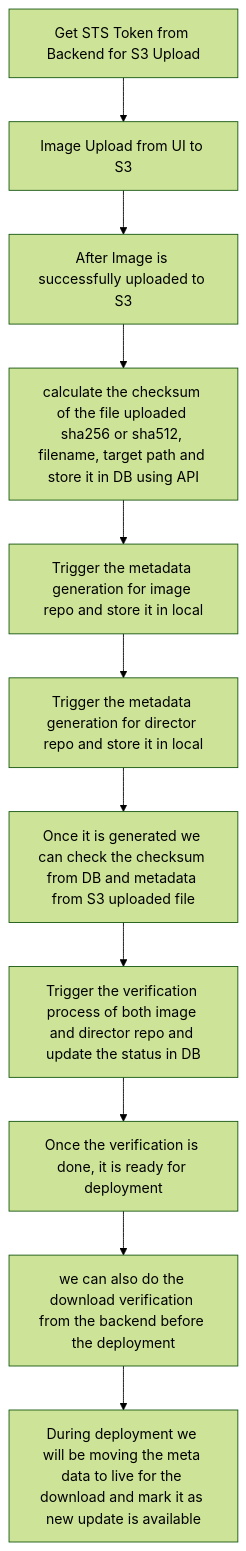
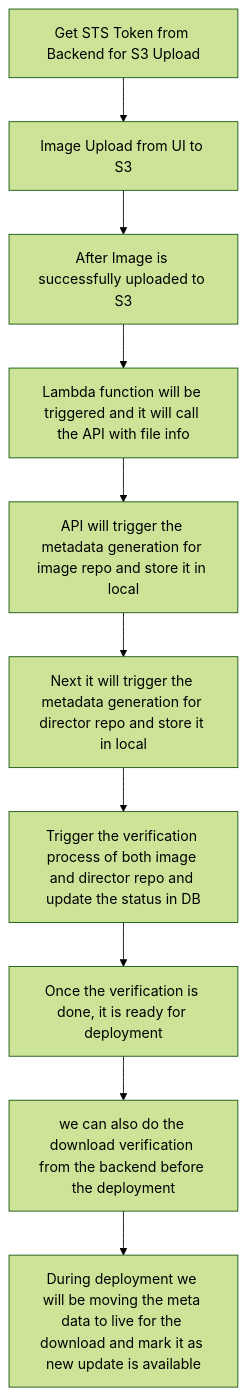
The diagram in uptane-image-upload-workflow.md (yokesharun/uptane), drawn with Mermaid (forest theme) before and after one commit.

````diff
--- a/uptane-image-upload-workflow.md
+++ b/uptane-image-upload-workflow.md
@@ -3,13 +3,12 @@
 ```mermaid
 flowchart TD
     A[Get STS Token from Backend for S3 Upload] --> B[Image Upload from UI to S3]
     B --> C[After Image is successfully uploaded to S3]
-    C --> D[calculate the checksum of the file uploaded sha256 or sha512, filename, target path and store it in DB using API]
-    D --> E[Trigger the metadata generation for image repo and store it in local]
-    E --> F[Trigger the metadata generation for director repo and store it in local]
-    F --> G[Once it is generated we can check the checksum from DB and metadata from S3 uploaded file]
-    G --> H[Trigger the verification process of both image and director repo and update the status in DB]
-    H --> I[Once the verification is done, it is ready for deployment]
-    I --> J[we can also do the download verification from the backend before the deployment]
-    J --> K[During deployment we will be moving the meta data to live for the download and mark it as new update is available]
+    C --> D[Lambda function will be triggered and it will call the API with file info]
+    D --> E[API will trigger the metadata generation for image repo and store it in local]
+    E --> F[Next it will trigger the metadata generation for director repo and store it in local]
+    F --> G[Trigger the verification process of both image and director repo and update the status in DB]
+    G --> H[Once the verification is done, it is ready for deployment]
+    H --> I[we can also do the download verification from the backend before the deployment]
+    I --> J[During deployment we will be moving the meta data to live for the download and mark it as new update is available]
 ```
````
